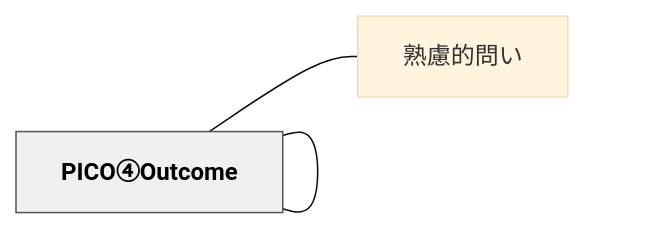
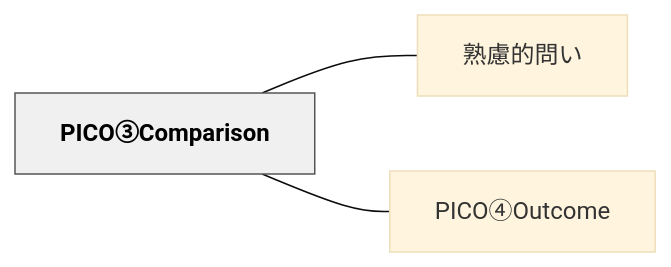
The diagram in content/パタン/PICO③Comparison.md (unknownthings-ed-patterns/unknownthings-ed-patterns), drawn with Mermaid (base theme) before and after one commit. The commit also changed 527 other files, not shown here.

````diff
--- a/content/パタン/PICO③Comparison.md
+++ b/content/パタン/PICO③Comparison.md
@@ -48,12 +48,12 @@
 ```mermaid
 flowchart LR
-    n5049434fe291["PICO③Comparison"]
-    ne7869fe685ae["熟慮的問い"]
-    n5049434fe291["PICO④Outcome"]
+    n5049434fe291a2436f6d70617269736f6e["PICO③Comparison"]
+    ne7869fe685aee79a84e5958fe38184["熟慮的問い"]
+    n5049434fe291a34f7574636f6d65["PICO④Outcome"]
 
-    n5049434fe291 --- ne7869fe685ae
-    n5049434fe291 --- n5049434fe291
+    n5049434fe291a2436f6d70617269736f6e --- ne7869fe685aee79a84e5958fe38184
+    n5049434fe291a2436f6d70617269736f6e --- n5049434fe291a34f7574636f6d65
 
     classDef hub fill:#f0f0f0,stroke:#555,color:#000,font-weight:bold
-    class n5049434fe291 hub
+    class n5049434fe291a2436f6d70617269736f6e hub
 ```
````
